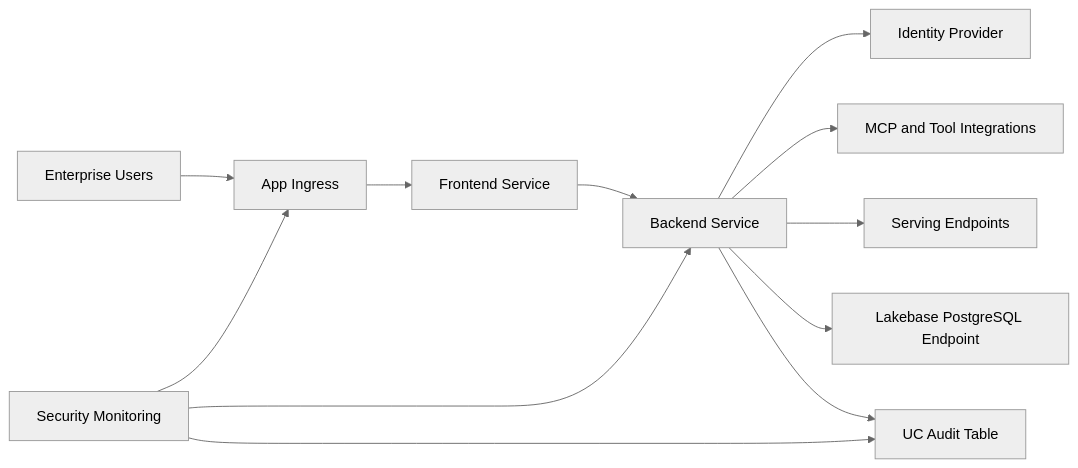
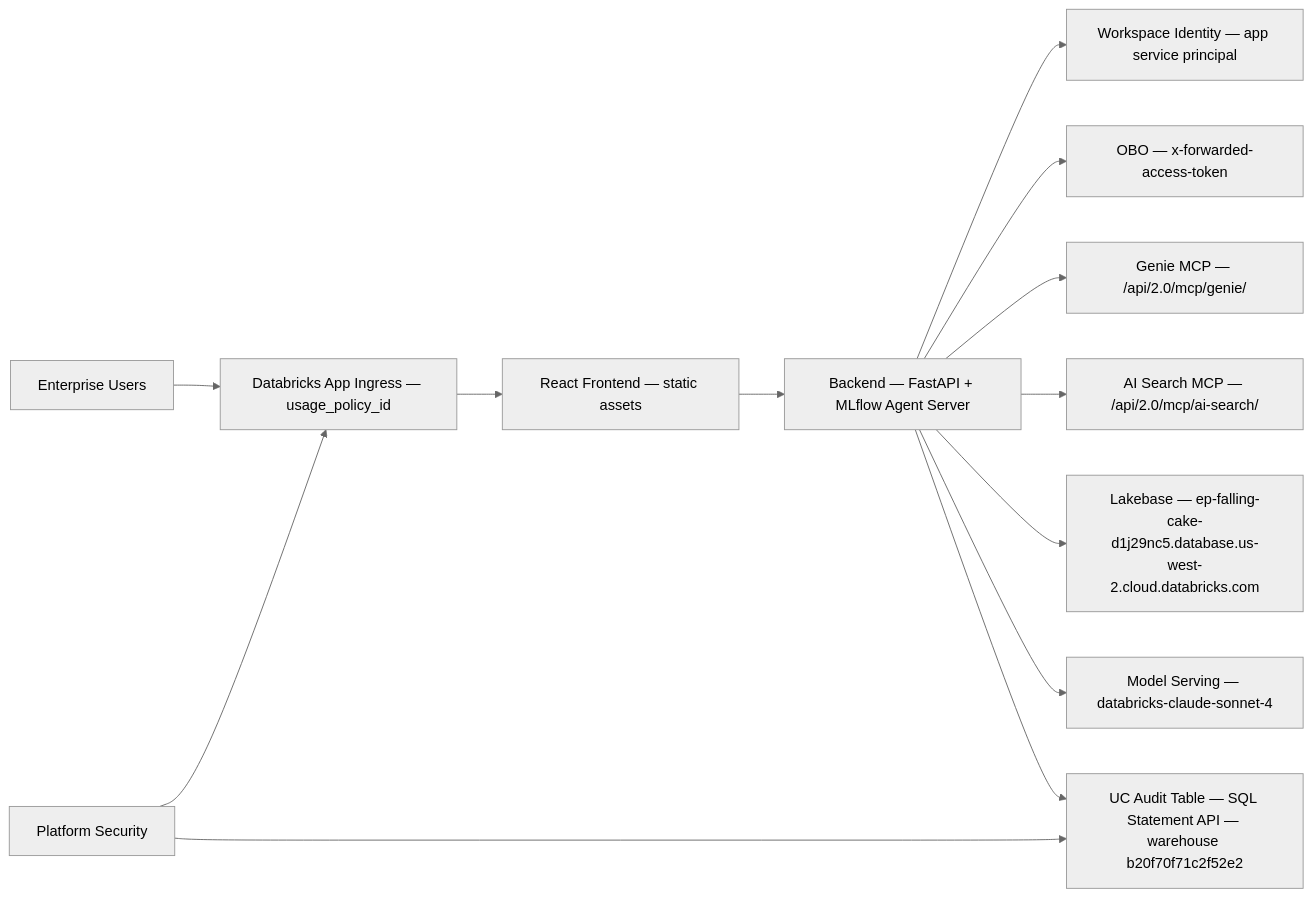
One commit to wchen-dea/Governed-Multi-Agent-Intelligence-on-Databricks changed the first of 5 diagrams in docs/architecture/design-artifacts/06-deployment-detailed.md. Above: the diagram before and after it, drawn with Mermaid (neutral theme). The commit also changed other lines of this file and 51 other files, not shown here.

````diff
--- a/docs/architecture/design-artifacts/06-deployment-detailed.md
+++ b/docs/architecture/design-artifacts/06-deployment-detailed.md
@@ -7,16 +7,17 @@
 ```mermaid
 flowchart LR
-    User[Enterprise Users] --> Ingress[App Ingress]
-    Ingress --> FE[Frontend Service]
-    FE --> BE[Backend Service]
+    User[Enterprise Users] --> Ingress[Databricks App Ingress — usage_policy_id]
+    Ingress --> FE[React Frontend — static assets]
+    FE --> BE[Backend — FastAPI + MLflow Agent Server]
 
-    BE --> IDP[Identity Provider]
-    BE --> MCP[MCP and Tool Integrations]
-    BE --> SEP[Serving Endpoints]
-    BE --> LB[Lakebase PostgreSQL Endpoint]
-    BE --> UC[UC Audit Table]
+    BE --> IDP[Workspace Identity — app service principal]
+    BE --> OBO[OBO — x-forwarded-access-token]
+    BE --> GENIE[Genie MCP — /api/2.0/mcp/genie/]
+    BE --> AIS[AI Search MCP — /api/2.0/mcp/ai-search/]
+    BE --> LB[Lakebase — ep-falling-cake-d1j29nc5.database.us-west-2.cloud.databricks.com]
+    BE --> FM[Model Serving — databricks-claude-sonnet-4]
+    BE --> UC[UC Audit Table — SQL Statement API — warehouse b20f70f71c2f52e2]
 
-    SEC[Security Monitoring] --> Ingress
-    SEC --> BE
+    SEC[Platform Security] --> Ingress
     SEC --> UC
 ```
````
